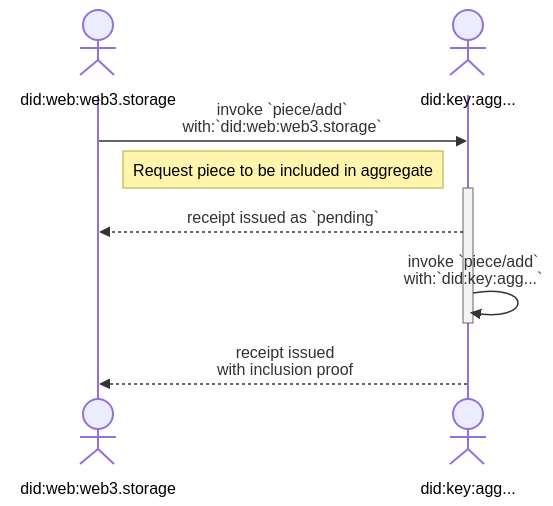
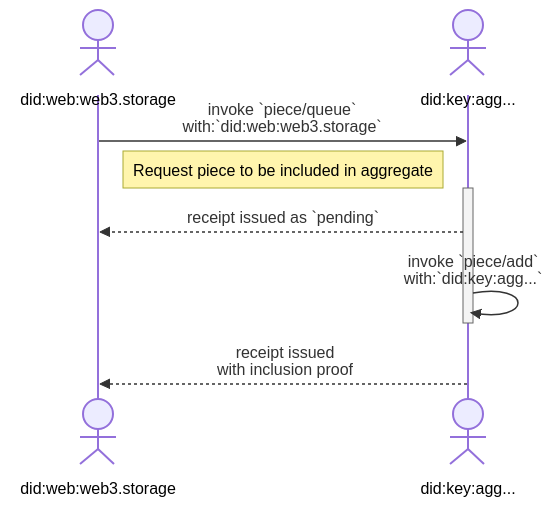
One commit to storacha/specs changed the second of 4 diagrams in w3-filecoin.md. Above: the diagram before and after it, drawn with Mermaid. The commit also changed other lines of this file, not shown here.

First line of the commit message:
fix: w3filecoin spec separate capabilities to queue and dequeue (#73)

````diff
--- a/w3-filecoin.md
+++ b/w3-filecoin.md
@@ -105,13 +105,13 @@
 ```mermaid
 sequenceDiagram
     actor Storefront as <br/><br/>did:web:web3.storage
     actor Aggregator as <br/><br/>did:key:agg...
 
-    Storefront->>Aggregator: invoke `piece/add`<br>with:`did:web:web3.storage`
+    Storefront->>Aggregator: invoke `piece/queue`<br>with:`did:web:web3.storage`
     Note left of Aggregator: Request piece to be included in aggregate
     activate Aggregator
     Aggregator-->>Storefront: receipt issued as `pending`
     Aggregator->>Aggregator: invoke `piece/add`<br>with:`did:key:agg...`
     deactivate Aggregator
     Aggregator-->>Storefront: receipt issued <br>with inclusion proof
 ```
````
